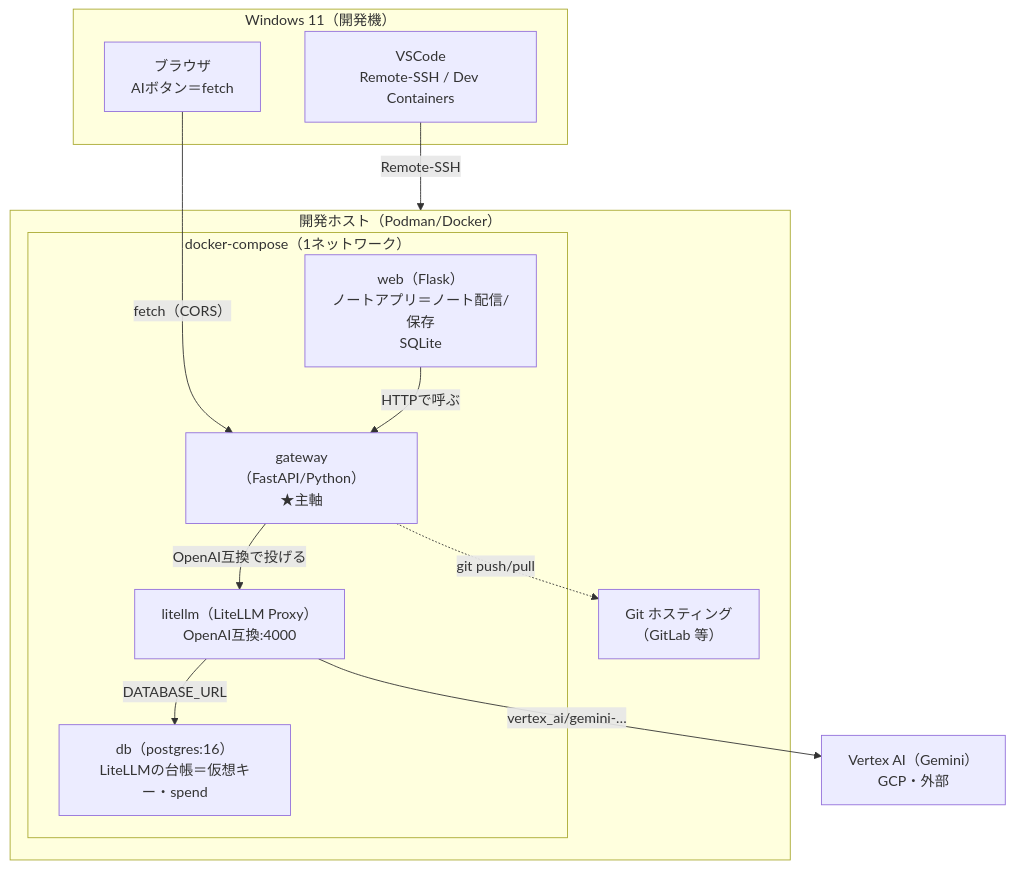
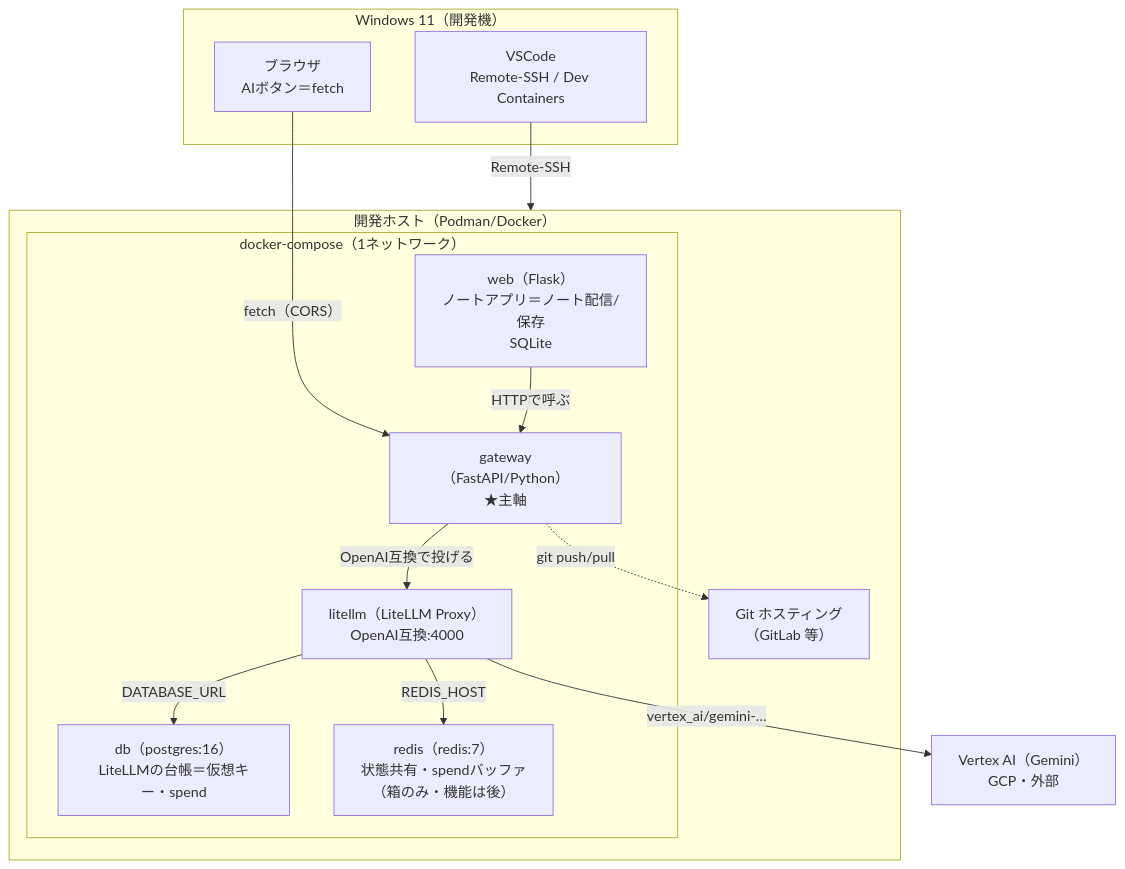
The diagram in obsidian/AI_Gateway/01_開発環境/00_環境構築手順.md (KBi-K3i/my_docs), drawn with Mermaid before and after one commit. The commit also changed other lines of this file and 1 other file, not shown here.

````diff
--- a/obsidian/AI_Gateway/01_開発環境/00_環境構築手順.md
+++ b/obsidian/AI_Gateway/01_開発環境/00_環境構築手順.md
@@ -25,24 +25,26 @@
 ```mermaid
 flowchart TB
   subgraph WIN["Windows 11（開発機）"]
     VSC["VSCode<br>Remote-SSH / Dev Containers"]
     BR["ブラウザ<br>AIボタン＝fetch"]
   end
   subgraph HOST["開発ホスト（Podman/Docker）"]
     subgraph CMP["docker-compose（1ネットワーク）"]
       WEB["web（Flask）<br>ノートアプリ＝ノート配信/保存<br>SQLite"]
       GW["gateway（FastAPI/Python）<br>★主軸"]
       LL["litellm（LiteLLM Proxy）<br>OpenAI互換:4000"]
       DB["db（postgres:16）<br>LiteLLMの台帳＝仮想キー・spend"]
+      RD["redis（redis:7）<br>状態共有・spendバッファ<br>（箱のみ・機能は後）"]
     end
     GL["Git ホスティング<br>（GitLab 等）"]
   end
   VX["Vertex AI（Gemini）<br>GCP・外部"]
   VSC -->|"Remote-SSH"| HOST
   BR -->|"fetch（CORS）"| GW
   WEB -->|"HTTPで呼ぶ"| GW
   GW -->|"OpenAI互換で投げる"| LL
   LL -->|"vertex_ai/gemini-…"| VX
   LL -->|"DATABASE_URL"| DB
+  LL -->|"REDIS_HOST"| RD
   GW -.->|"git push/pull"| GL
 ```
````
